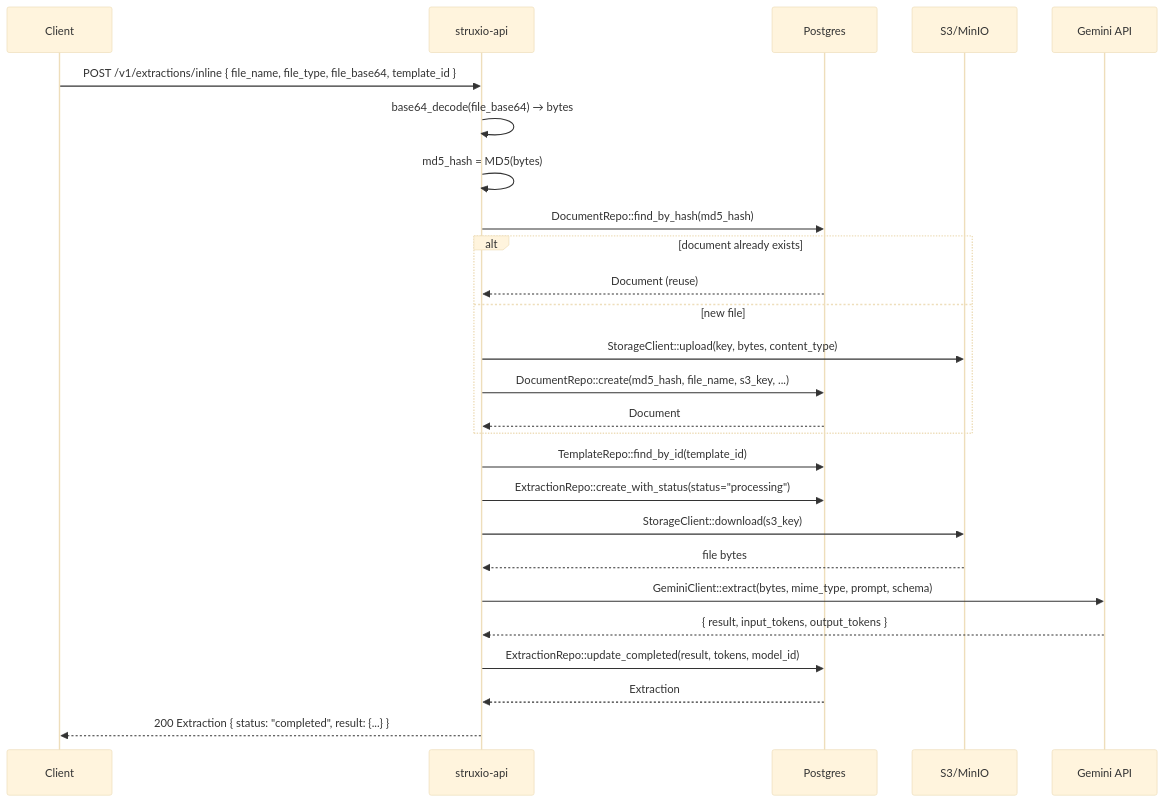
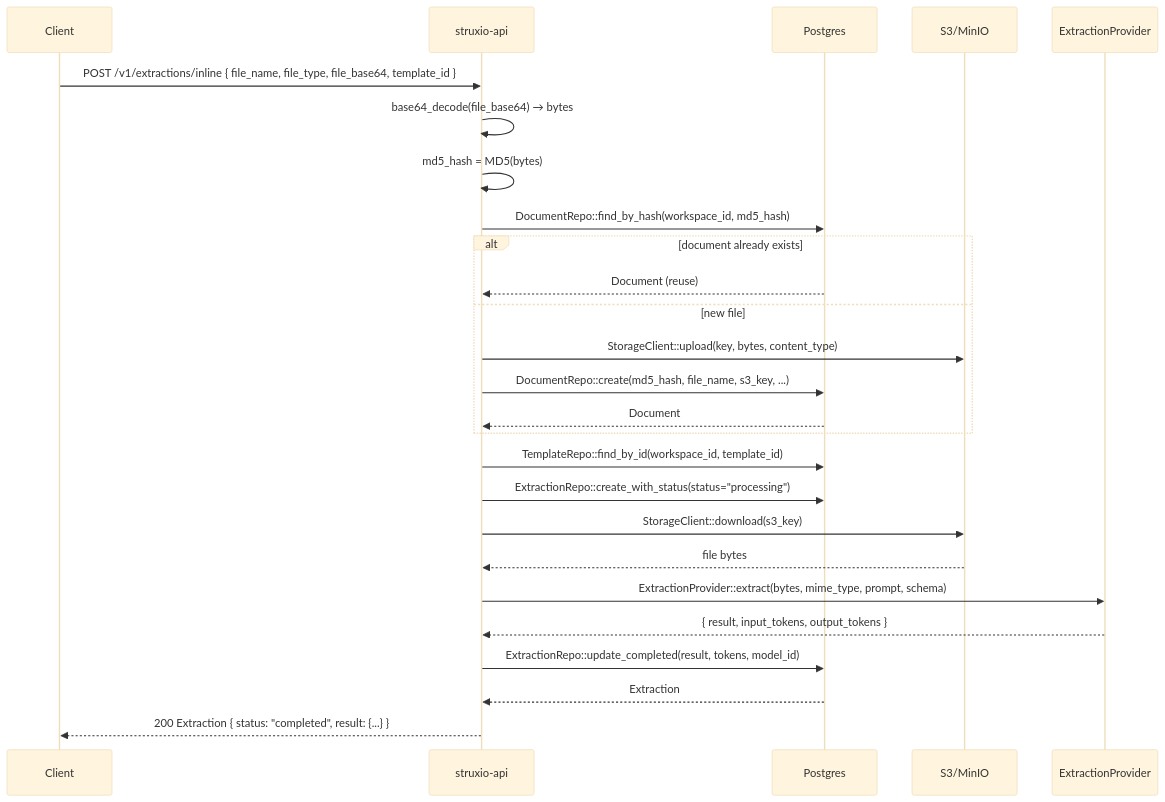
The fourth of 5 diagrams in ARCHITECTURE.md (Struxio/struxio), drawn with Mermaid (base theme) before and after one commit. The commit also changed other lines of this file and 8 other files, not shown here.

````diff
--- a/ARCHITECTURE.md
+++ b/ARCHITECTURE.md
@@ -217,29 +222,29 @@
 ```mermaid
 sequenceDiagram
     participant C as Client
     participant API as struxio-api
     participant DB as Postgres
     participant S3 as S3/MinIO
-    participant G as Gemini API
+    participant P as ExtractionProvider
 
     C->>API: POST /v1/extractions/inline { file_name, file_type, file_base64, template_id }
     API->>API: base64_decode(file_base64) → bytes
     API->>API: md5_hash = MD5(bytes)
-    API->>DB: DocumentRepo::find_by_hash(md5_hash)
+    API->>DB: DocumentRepo::find_by_hash(workspace_id, md5_hash)
     alt document already exists
         DB-->>API: Document (reuse)
     else new file
         API->>S3: StorageClient::upload(key, bytes, content_type)
         API->>DB: DocumentRepo::create(md5_hash, file_name, s3_key, ...)
         DB-->>API: Document
     end
-    API->>DB: TemplateRepo::find_by_id(template_id)
+    API->>DB: TemplateRepo::find_by_id(workspace_id, template_id)
     API->>DB: ExtractionRepo::create_with_status(status="processing")
     API->>S3: StorageClient::download(s3_key)
     S3-->>API: file bytes
-    API->>G: GeminiClient::extract(bytes, mime_type, prompt, schema)
-    G-->>API: { result, input_tokens, output_tokens }
+    API->>P: ExtractionProvider::extract(bytes, mime_type, prompt, schema)
+    P-->>API: { result, input_tokens, output_tokens }
     API->>DB: ExtractionRepo::update_completed(result, tokens, model_id)
     DB-->>API: Extraction
     API-->>C: 200 Extraction { status: "completed", result: {...} }
 ```
````
